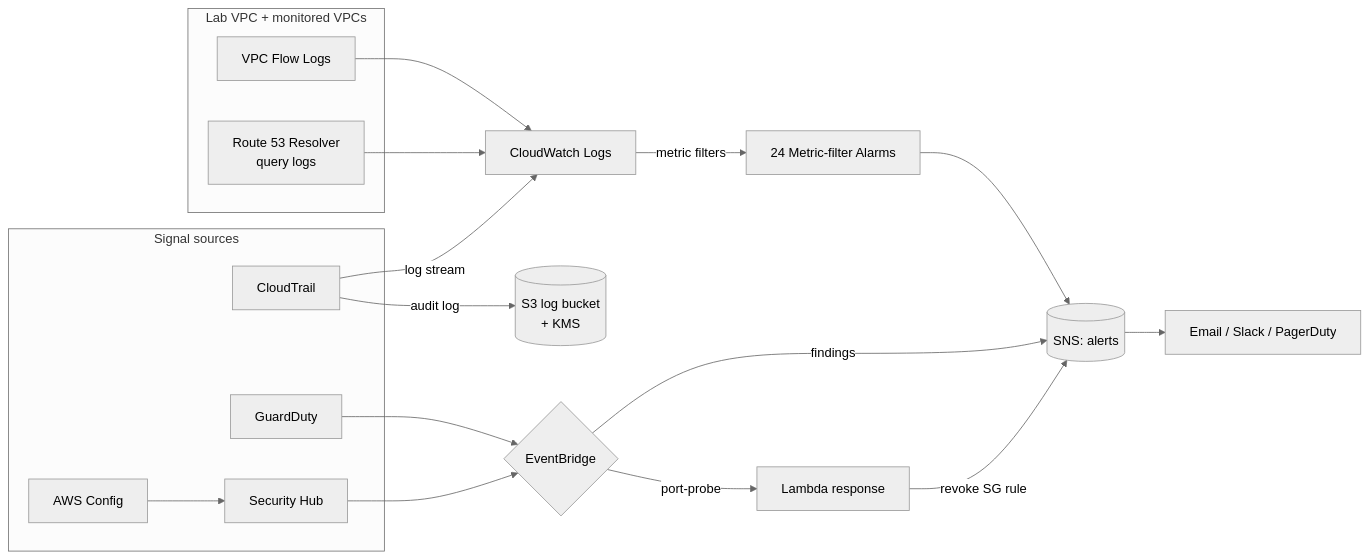
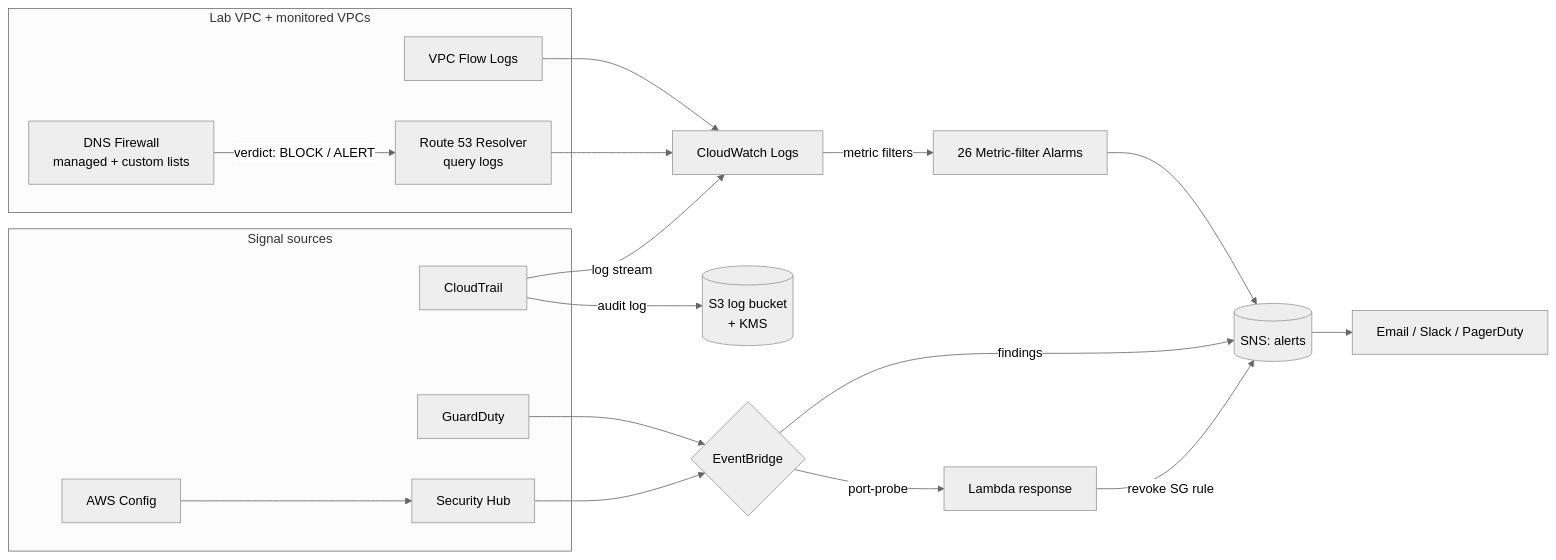
Before and after one commit to H3llKa1ser/AWS-Detection-Engineering-Lab: the diagram in README.md, drawn with Mermaid (neutral theme). The commit also changed other lines of this file and 20 other files, not shown here.

````diff
--- a/README.md
+++ b/README.md
@@ -35,30 +36,32 @@
 ```mermaid
 flowchart LR
     subgraph Sources["Signal sources"]
         CT[CloudTrail]
         GD[GuardDuty]
         CFG[AWS Config]
         SH[Security Hub]
     end
 
     subgraph Net["Lab VPC + monitored VPCs"]
         FL[VPC Flow Logs]
+        FW[DNS Firewall<br/>managed + custom lists]
         DNS[Route 53 Resolver<br/>query logs]
+        FW -->|verdict: BLOCK / ALERT| DNS
     end
 
     CT -->|log stream| CWL[CloudWatch Logs]
     FL --> CWL
     DNS --> CWL
-    CWL -->|metric filters| ALM[24 Metric-filter Alarms]
+    CWL -->|metric filters| ALM[26 Metric-filter Alarms]
     CT -->|audit log| S3[(S3 log bucket<br/>+ KMS)]
 
     CFG --> SH
     GD --> EB{EventBridge}
     SH --> EB
     ALM --> SNS[(SNS: alerts)]
     EB -->|findings| SNS
     EB -->|port-probe| L[Lambda response]
     L -->|revoke SG rule| SNS
 
     SNS --> Email[Email / Slack / PagerDuty]
 ```
````
